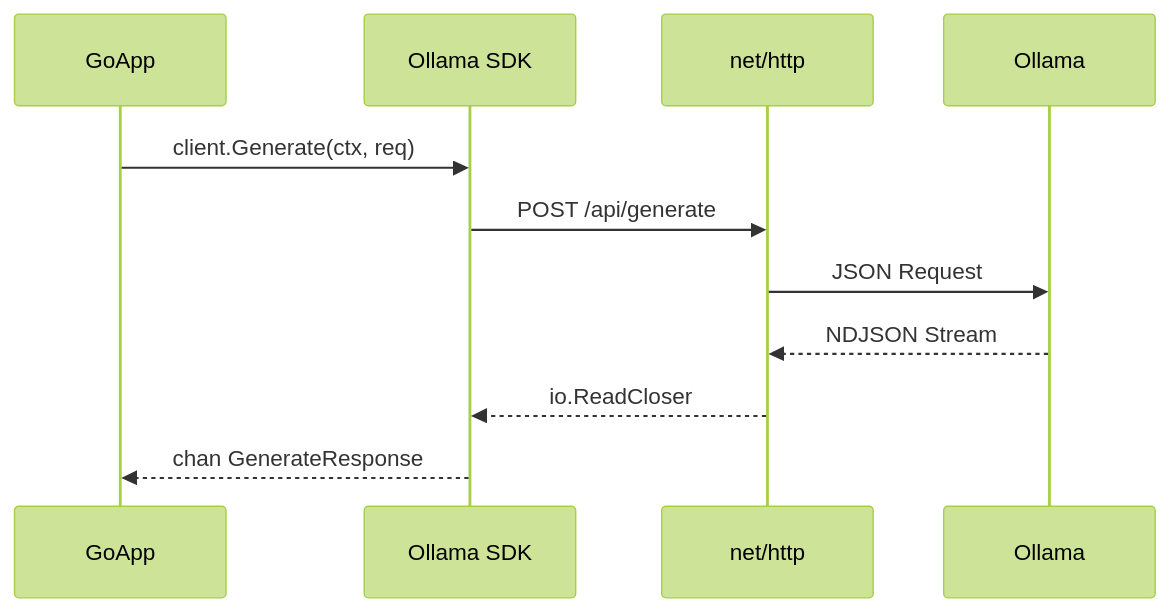
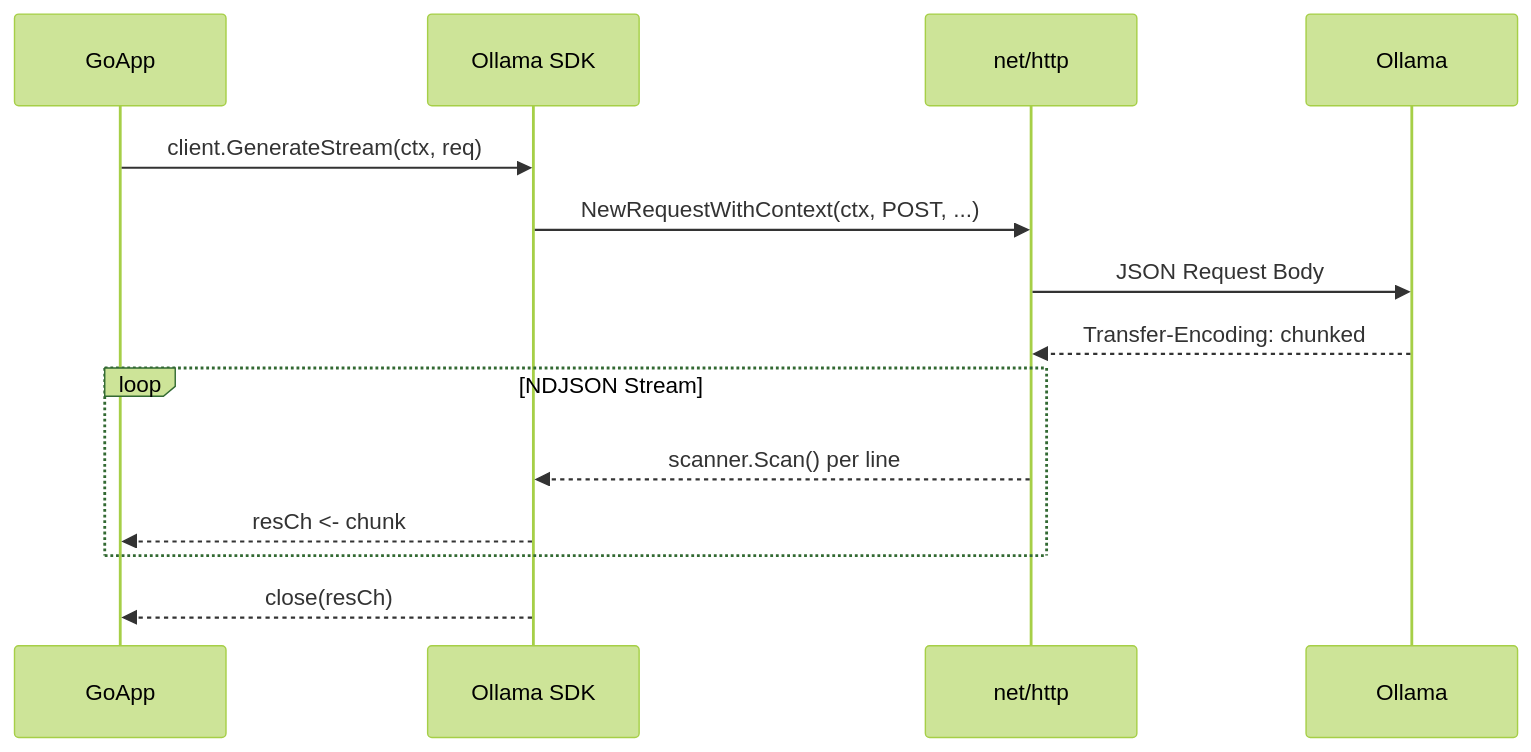
One commit to Leito2/Learning changed the first of 3 diagrams in Software Engineering/02 - Go Engineering/05 - Local AI with Go/02 - Ollama Go SDK and API Integration.md. Above: the diagram before and after it, drawn with Mermaid (forest theme). The commit also changed other lines of this file and 41 other files, not shown here.

````diff
--- a/Software Engineering/02 - Go Engineering/05 - Local AI with Go/02 - Ollama Go SDK and API Integration.md
+++ b/Software Engineering/02 - Go Engineering/05 - Local AI with Go/02 - Ollama Go SDK and API Integration.md
@@ -54,14 +179,17 @@
 ```mermaid
 sequenceDiagram
     participant GoApp
     participant SDK as Ollama SDK
     participant HTTP as net/http
     participant Ollama
 
-    GoApp->>SDK: client.Generate(ctx, req)
-    SDK->>HTTP: POST /api/generate
-    HTTP->>Ollama: JSON Request
-    Ollama-->>HTTP: NDJSON Stream
-    HTTP-->>SDK: io.ReadCloser
-    SDK-->>GoApp: chan GenerateResponse
+    GoApp->>SDK: client.GenerateStream(ctx, req)
+    SDK->>HTTP: NewRequestWithContext(ctx, POST, ...)
+    HTTP->>Ollama: JSON Request Body
+    Ollama-->>HTTP: Transfer-Encoding: chunked
+    loop NDJSON Stream
+        HTTP-->>SDK: scanner.Scan() per line
+        SDK-->>GoApp: resCh <- chunk
+    end
+    SDK-->>GoApp: close(resCh)
 ```
````
